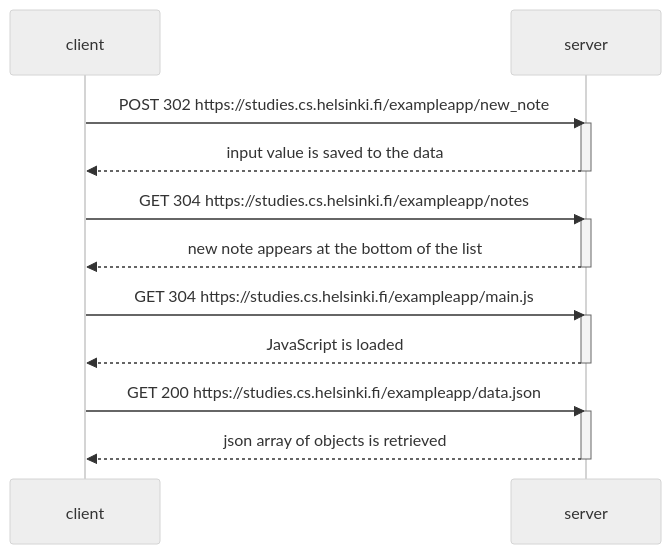
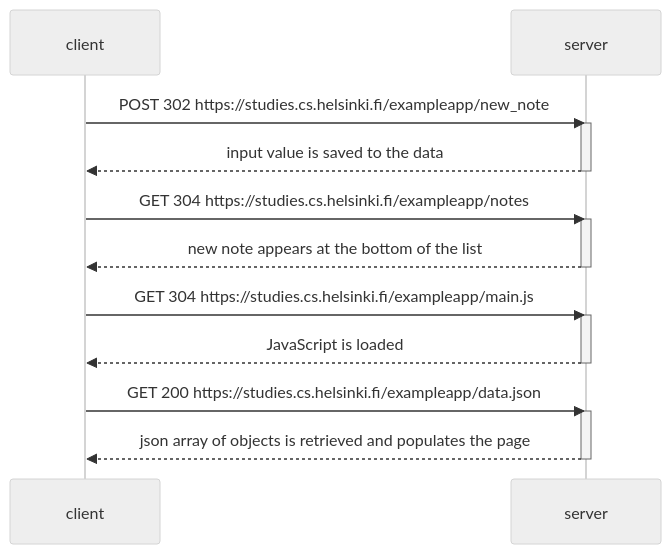
One commit to theDapperFoxtrot/fullstackopen-part0-exercises changed the diagram in README.md. Above: the diagram before and after it, drawn with Mermaid (neutral theme).

````diff
--- a/README.md
+++ b/README.md
@@ -8,28 +8,28 @@
 ```mermaid
 sequenceDiagram
     participant client
     participant server
     
     
     client->>server: POST 302 https://studies.cs.helsinki.fi/exampleapp/new_note
     activate server
     server-->>client: input value is saved to the data
     deactivate server
     
     
     client->>server: GET 304 https://studies.cs.helsinki.fi/exampleapp/notes
     activate server
     server-->>client: new note appears at the bottom of the list
     deactivate server
     
     
     client->>server: GET 304 https://studies.cs.helsinki.fi/exampleapp/main.js
     activate server
     server-->>client: JavaScript is loaded
     deactivate server
     
     client->>server: GET 200 https://studies.cs.helsinki.fi/exampleapp/data.json
     activate server
-    server-->>client: json array of objects is retrieved
+    server-->>client: json array of objects is retrieved and populates the page
     deactivate server
 ```
````
